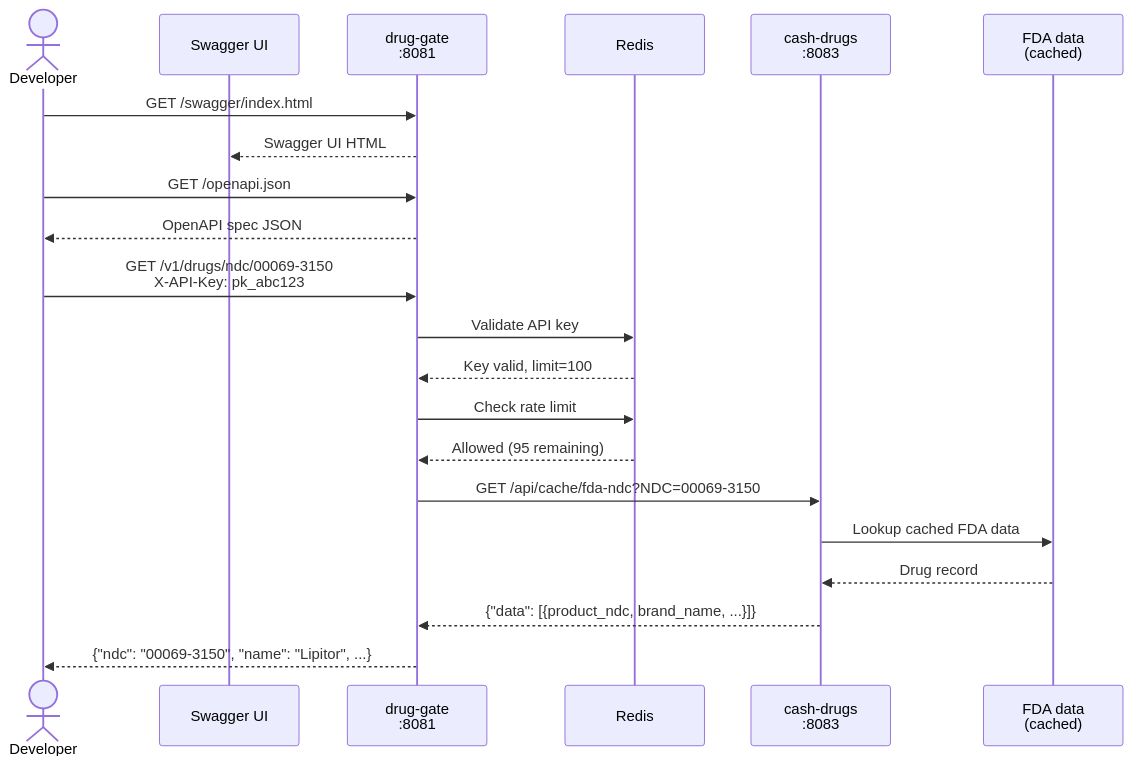
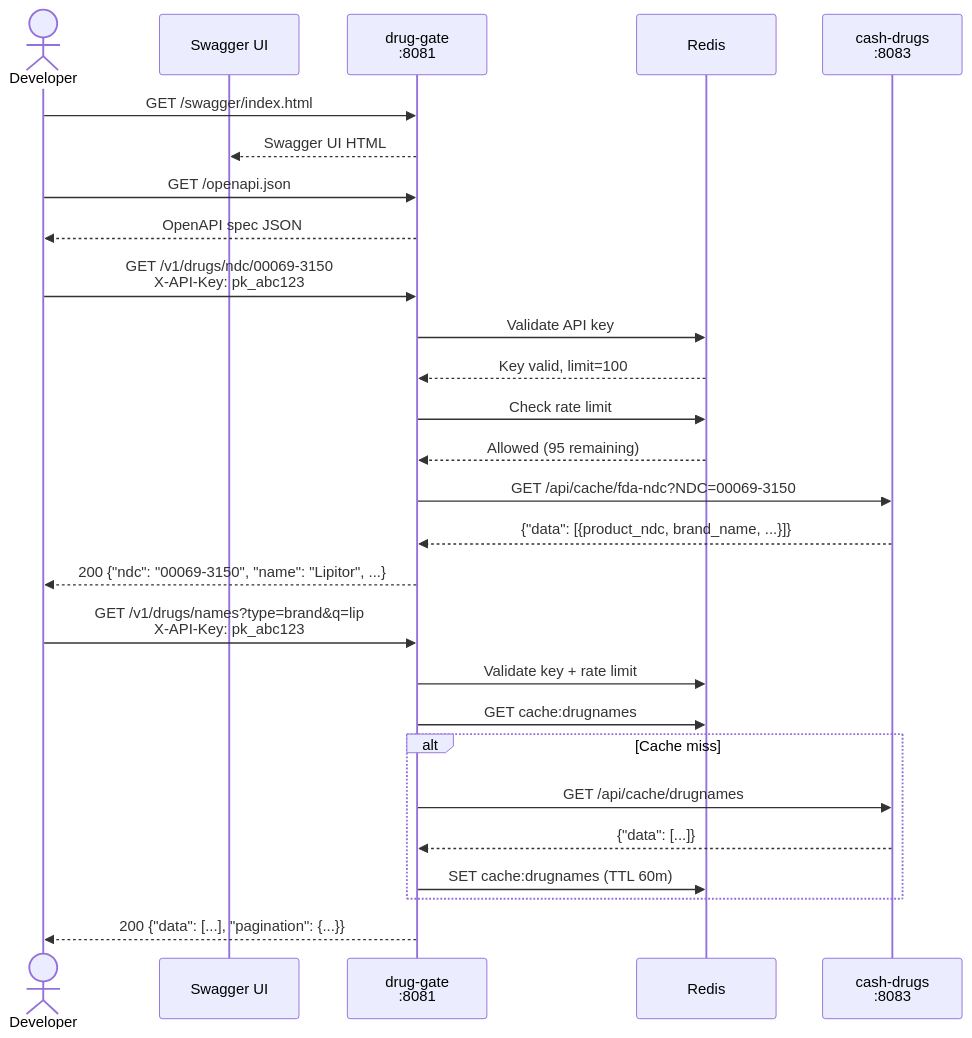
One commit to finish06/drug-gate changed the ninth of 9 diagrams in docs/sequence-diagram.md. Above: the diagram before and after it, drawn with Mermaid. The commit also changed other lines of this file and 33 other files, not shown here.

First line of the commit message:
feat: add M3 extended lookups — drug names, classes, and drugs-by-class APIs

````diff
--- a/docs/sequence-diagram.md
+++ b/docs/sequence-diagram.md
@@ -172,25 +437,32 @@
 ```mermaid
 sequenceDiagram
     actor Dev as Developer
     participant SW as Swagger UI
     participant GW as drug-gate<br/>:8081
     participant RD as Redis
     participant CD as cash-drugs<br/>:8083
-    participant FDA as FDA data<br/>(cached)
 
     Dev->>GW: GET /swagger/index.html
     GW-->>SW: Swagger UI HTML
     Dev->>GW: GET /openapi.json
     GW-->>Dev: OpenAPI spec JSON
 
     Dev->>GW: GET /v1/drugs/ndc/00069-3150<br/>X-API-Key: pk_abc123
     GW->>RD: Validate API key
     RD-->>GW: Key valid, limit=100
     GW->>RD: Check rate limit
     RD-->>GW: Allowed (95 remaining)
     GW->>CD: GET /api/cache/fda-ndc?NDC=00069-3150
-    CD->>FDA: Lookup cached FDA data
-    FDA-->>CD: Drug record
     CD-->>GW: {"data": [{product_ndc, brand_name, ...}]}
-    GW-->>Dev: {"ndc": "00069-3150", "name": "Lipitor", ...}
+    GW-->>Dev: 200 {"ndc": "00069-3150", "name": "Lipitor", ...}
+
+    Dev->>GW: GET /v1/drugs/names?type=brand&q=lip<br/>X-API-Key: pk_abc123
+    GW->>RD: Validate key + rate limit
+    GW->>RD: GET cache:drugnames
+    alt Cache miss
+        GW->>CD: GET /api/cache/drugnames
+        CD-->>GW: {"data": [...]}
+        GW->>RD: SET cache:drugnames (TTL 60m)
+    end
+    GW-->>Dev: 200 {"data": [...], "pagination": {...}}
 ```
````
